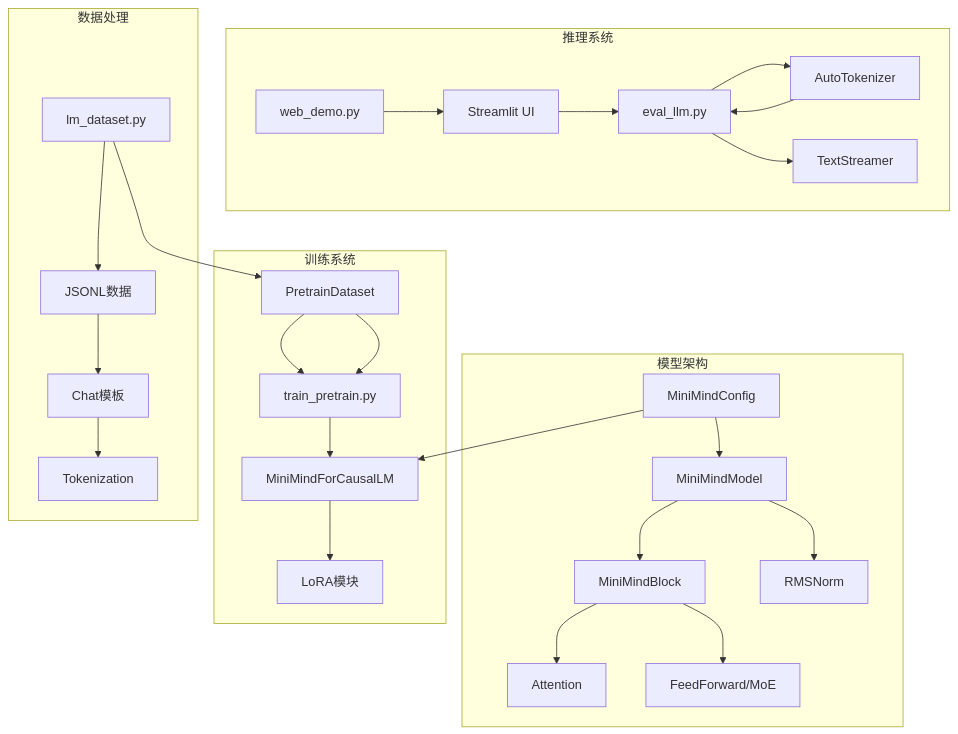
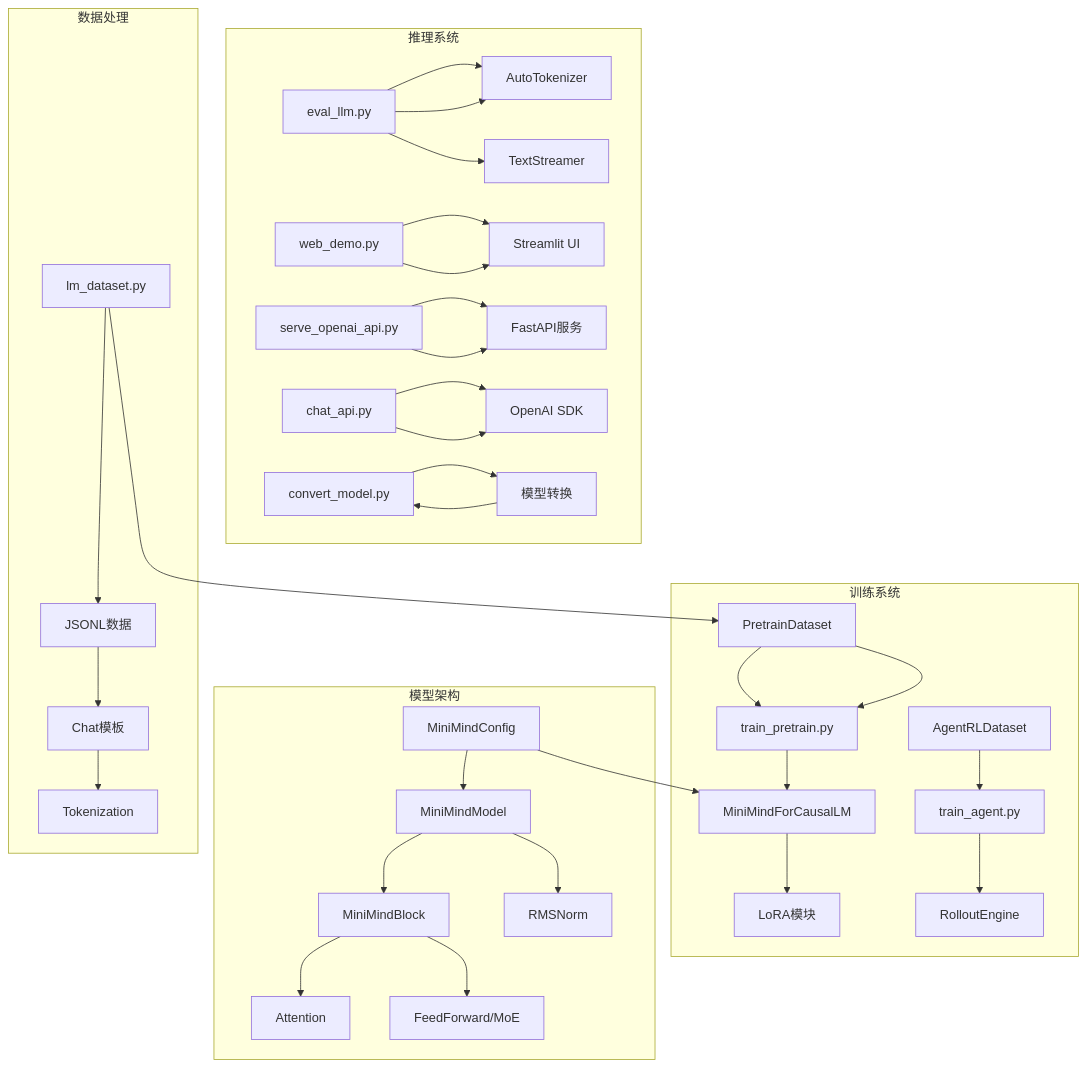
Before and after one commit to haolange/minimind: the first of 7 diagrams in .qoder/repowiki/zh/content/项目概述/项目介绍.md, drawn with Mermaid. The commit also changed other lines of this file and 4 other files, not shown here.

````diff
--- a/.qoder/repowiki/zh/content/项目概述/项目介绍.md
+++ b/.qoder/repowiki/zh/content/项目概述/项目介绍.md
@@ -67,30 +76,38 @@
 ```mermaid
 graph TB
 subgraph "模型架构"
 A[MiniMindConfig] --> B[MiniMindModel]
 B --> C[MiniMindBlock]
 C --> D[Attention]
 C --> E[FeedForward/MoE]
 B --> F[RMSNorm]
 end
 subgraph "训练系统"
 G[PretrainDataset] --> H[train_pretrain.py]
 H --> I[MiniMindForCausalLM]
 I --> J[LoRA模块]
+K[AgentRLDataset] --> L[train_agent.py]
+L --> M[RolloutEngine]
 end
 subgraph "推理系统"
-K[eval_llm.py] --> L[AutoTokenizer]
-K --> M[TextStreamer]
-N[web_demo.py] --> O[Streamlit UI]
+N[eval_llm.py] --> O[AutoTokenizer]
+N --> P[TextStreamer]
+Q[web_demo.py] --> R[Streamlit UI]
+S[serve_openai_api.py] --> T[FastAPI服务]
+U[chat_api.py] --> V[OpenAI SDK]
+W[convert_model.py] --> X[模型转换]
 end
 subgraph "数据处理"
-P[lm_dataset.py] --> Q[JSONL数据]
-Q --> R[Chat模板]
-R --> S[Tokenization]
+Y[lm_dataset.py] --> Z[JSONL数据]
+Z --> AA[Chat模板]
+AA --> BB[Tokenization]
 end
 A --> I
 G --> H
-P --> G
-L --> K
-O --> K
+Y --> G
+N --> O
+Q --> R
+S --> T
+U --> V
+X --> W
 ```
````
